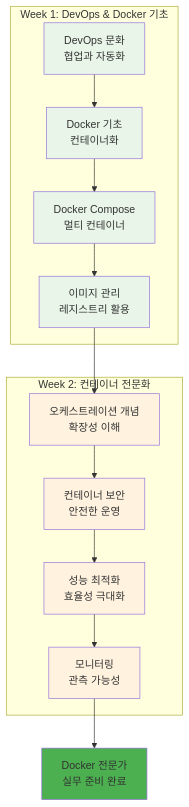
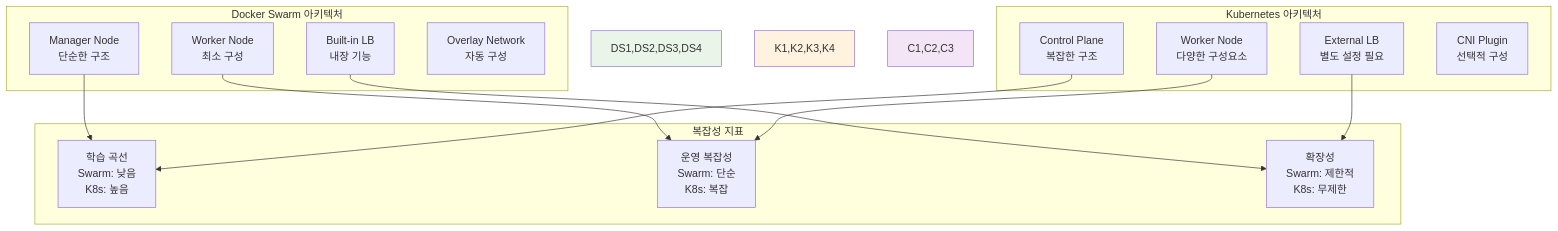
The second of 4 diagrams in theory/week_02/day4/session_1.md (niceguy61/kdt_devops_lecture_2025), drawn with Mermaid before and after one commit. The commit also changed other lines of this file and 70 other files, not shown here.

````diff
--- a/theory/week_02/day4/session_1.md
+++ b/theory/week_02/day4/session_1.md
@@ -33,27 +53,33 @@
 ```mermaid
 graph TB
-    subgraph "Week 1: DevOps & Docker 기초"
-        A[DevOps 문화<br/>협업과 자동화] --> B[Docker 기초<br/>컨테이너화]
-        B --> C[Docker Compose<br/>멀티 컨테이너]
-        C --> D[이미지 관리<br/>레지스트리 활용]
+    subgraph "Docker Swarm 아키텍처"
+        DS1[Manager Node<br/>단순한 구조]
+        DS2[Worker Node<br/>최소 구성]
+        DS3[Built-in LB<br/>내장 기능]
+        DS4[Overlay Network<br/>자동 구성]
     end
     
-    subgraph "Week 2: 컨테이너 전문화"
-        E[오케스트레이션 개념<br/>확장성 이해] --> F[컨테이너 보안<br/>안전한 운영]
-        F --> G[성능 최적화<br/>효율성 극대화]
-        G --> H[모니터링<br/>관측 가능성]
+    subgraph "Kubernetes 아키텍처"
+        K1[Control Plane<br/>복잡한 구조]
+        K2[Worker Node<br/>다양한 구성요소]
+        K3[External LB<br/>별도 설정 필요]
+        K4[CNI Plugin<br/>선택적 구성]
     end
     
-    D --> E
-    H --> I[Docker 전문가<br/>실무 준비 완료]
+    subgraph "복잡성 지표"
+        C1[학습 곡선<br/>Swarm: 낮음<br/>K8s: 높음]
+        C2[운영 복잡성<br/>Swarm: 단순<br/>K8s: 복잡]
+        C3[확장성<br/>Swarm: 제한적<br/>K8s: 무제한]
+    end
     
-    style A fill:#e8f5e8
-    style B fill:#e8f5e8
-    style C fill:#e8f5e8
-    style D fill:#e8f5e8
-    style E fill:#fff3e0
-    style F fill:#fff3e0
-    style G fill:#fff3e0
-    style H fill:#fff3e0
-    style I fill:#4caf50
+    DS1 --> C1
+    DS2 --> C2
+    DS3 --> C3
+    K1 --> C1
+    K2 --> C2
+    K3 --> C3
+    
+    style DS1,DS2,DS3,DS4 fill:#e8f5e8
+    style K1,K2,K3,K4 fill:#fff3e0
+    style C1,C2,C3 fill:#f3e5f5
 ```
````
